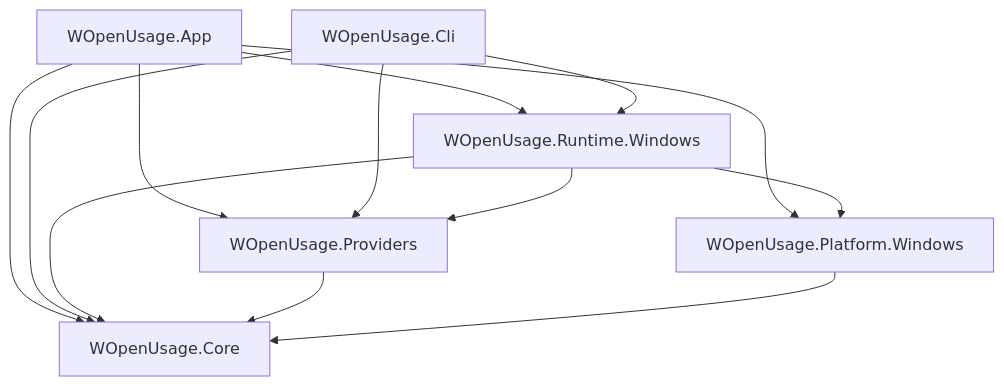
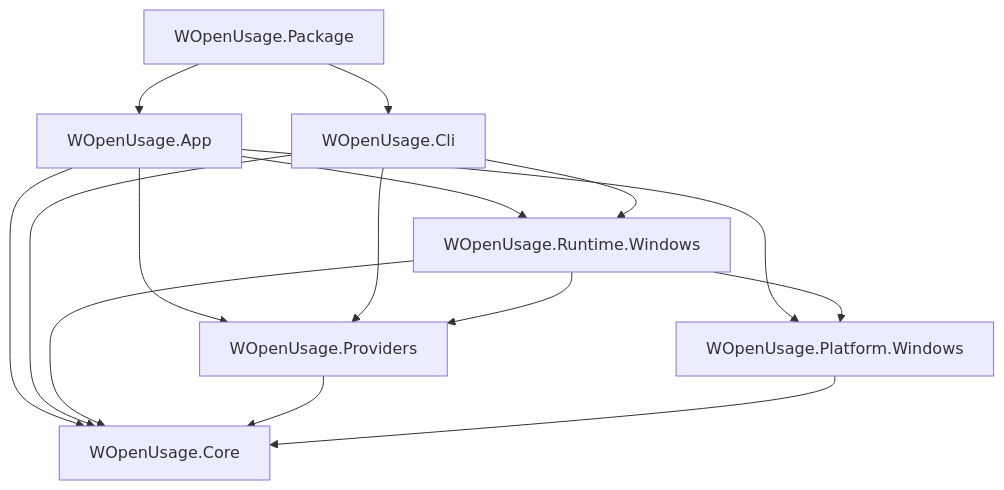
Before and after one commit to gvastethecreator/tokenusage: the first of 2 diagrams in docs/architecture/ADR-0001-windows-native-baseline.md, drawn with Mermaid. The commit also changed other lines of this file and 17 other files, not shown here.

Commit message:
feat: package wusage CLI execution alias

````diff
--- a/docs/architecture/ADR-0001-windows-native-baseline.md
+++ b/docs/architecture/ADR-0001-windows-native-baseline.md
@@ -40,15 +42,17 @@
 ```mermaid
 flowchart TD
-    App["WOpenUsage.App"] --> Core["WOpenUsage.Core"]
+    Package["WOpenUsage.Package"] --> App["WOpenUsage.App"]
+    Package --> CLI["WOpenUsage.Cli"]
+    App --> Core["WOpenUsage.Core"]
     App --> Providers["WOpenUsage.Providers"]
     App --> Windows["WOpenUsage.Platform.Windows"]
     App --> Runtime["WOpenUsage.Runtime.Windows"]
     CLI["WOpenUsage.Cli"] --> Core
     CLI --> Providers
     CLI --> Runtime
     Runtime --> Core
     Runtime --> Providers
     Runtime --> Windows
     Providers --> Core
     Windows --> Core
 ```
````
